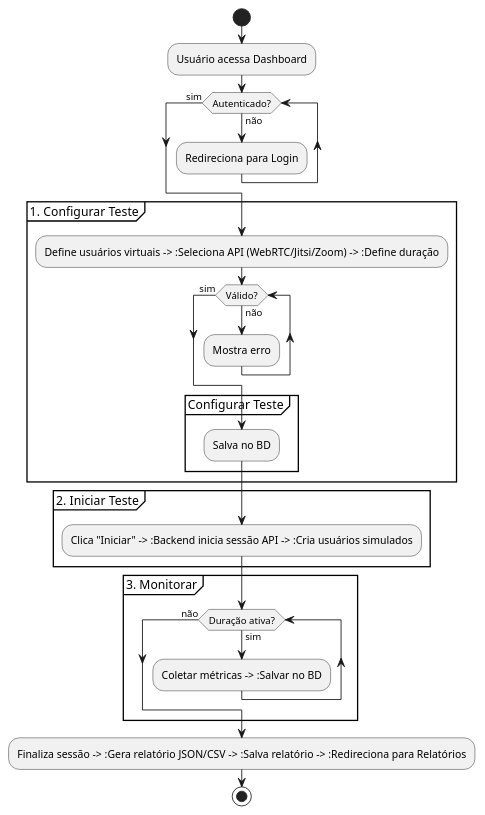
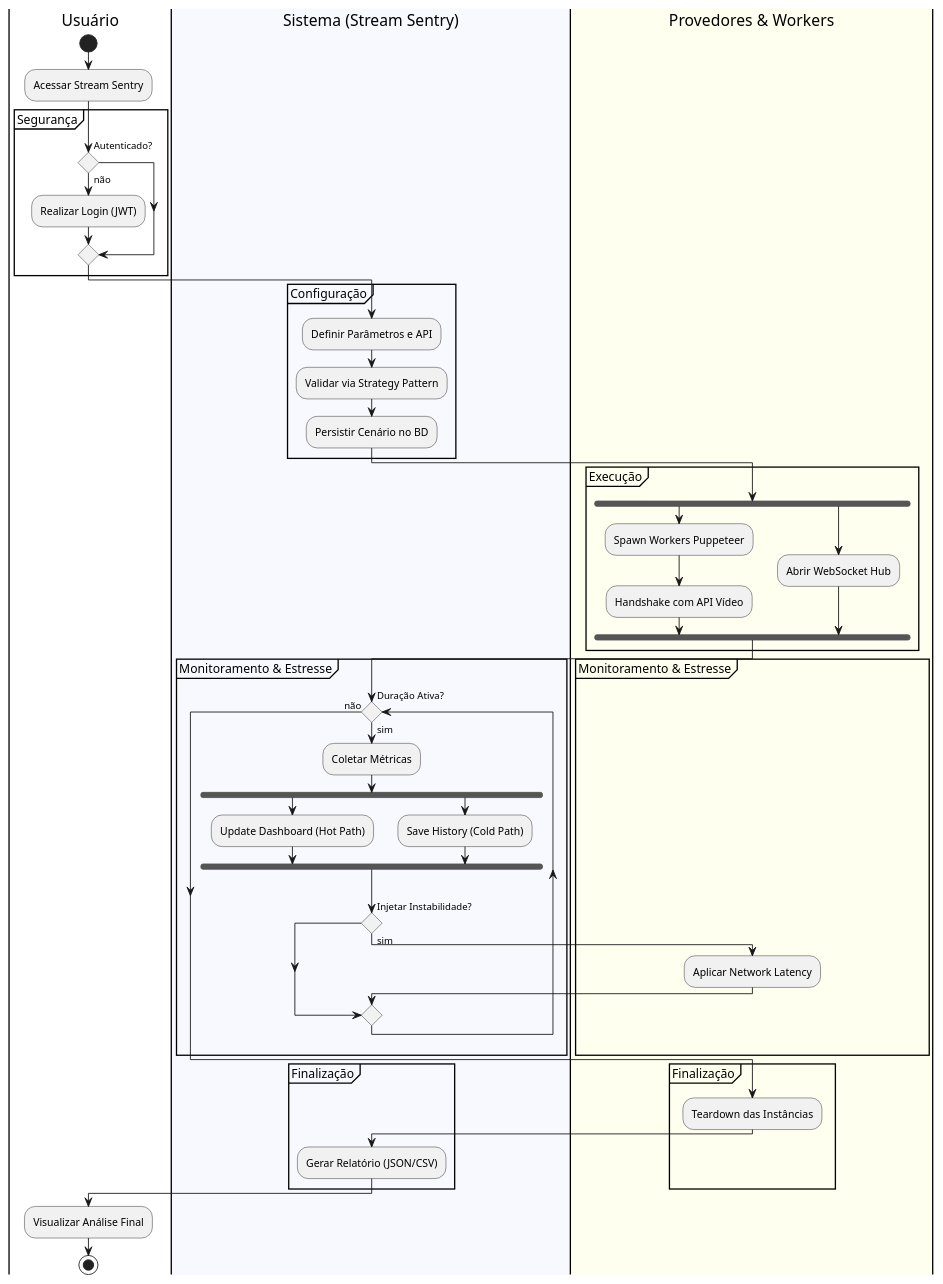
One commit to ICEI-PUC-Minas-PPLES-TI/plf-es-2025-2-tcci-0393100-dev-rafael-parreira changed the diagram in Artefatos/DiagramaDeAtividades.puml. Above: the diagram before and after it, drawn with PlantUML. The commit also changed 48 other files, not shown here.

First line of the commit message:
Add project configuration files and update diagrams

```diff
--- a/Artefatos/DiagramaDeAtividades.puml
+++ b/Artefatos/DiagramaDeAtividades.puml
@@ -1,36 +1,61 @@
 @startuml
+skinparam shadowing false
+skinparam MaxMessageSize 150
+skinparam conditionStyle diamond
+skinparam orientation horizontal
 
+|Usuário|
 start
-
-:Usuário acessa Dashboard;
-
-while (Autenticado?) is (não)
-  :Redireciona para Login;
-endwhile (sim)
-
-partition "1. Configurar Teste" {
-  :Define usuários virtuais -> :Seleciona API (WebRTC/Jitsi/Zoom) -> :Define duração;
-
-  while (Válido?) is (não)
-    :Mostra erro;
-  endwhile (sim)
-
-  partition "Configurar Teste" {
-     :Salva no BD;
-  }
+:Acessar Stream Sentry;
+partition "Segurança" {
+    if (Autenticado?) then (não)
+        :Realizar Login (JWT);
+    endif
 }
 
-partition "2. Iniciar Teste" {
-  :Clica "Iniciar" -> :Backend inicia sessão API -> :Cria usuários simulados;
+|#GhostWhite|Sistema (Stream Sentry)|
+partition "Configuração" {
+    :Definir Parâmetros e API;
+    :Validar via Strategy Pattern;
+    :Persistir Cenário no BD;
 }
 
-partition "3. Monitorar" {
-  while (Duração ativa?) is (sim)
-    :Coletar métricas -> :Salvar no BD;
-  endwhile (não)
+|#Ivory|Provedores & Workers|
+partition "Execução" {
+    fork
+        :Spawn Workers Puppeteer;
+        :Handshake com API Vídeo;
+    fork again
+        :Abrir WebSocket Hub;
+    end fork
 }
 
-:Finaliza sessão -> :Gera relatório JSON/CSV -> :Salva relatório -> :Redireciona para Relatórios;
+|Sistema (Stream Sentry)|
+partition "Monitoramento & Estresse" {
+    while (Duração Ativa?) is (sim)
+        :Coletar Métricas;
+        fork
+            :Update Dashboard (Hot Path);
+        fork again
+            :Save History (Cold Path);
+        end fork
 
+        if (Injetar Instabilidade?) then (sim)
+            |Provedores & Workers|
+            :Aplicar Network Latency;
+            |Sistema (Stream Sentry)|
+        endif
+    endwhile (não)
+}
+
+partition "Finalização" {
+    |Provedores & Workers|
+    :Teardown das Instâncias;
+    |Sistema (Stream Sentry)|
+    :Gerar Relatório (JSON/CSV);
+}
+
+|Usuário|
+:Visualizar Análise Final;
 stop
 @enduml
```
